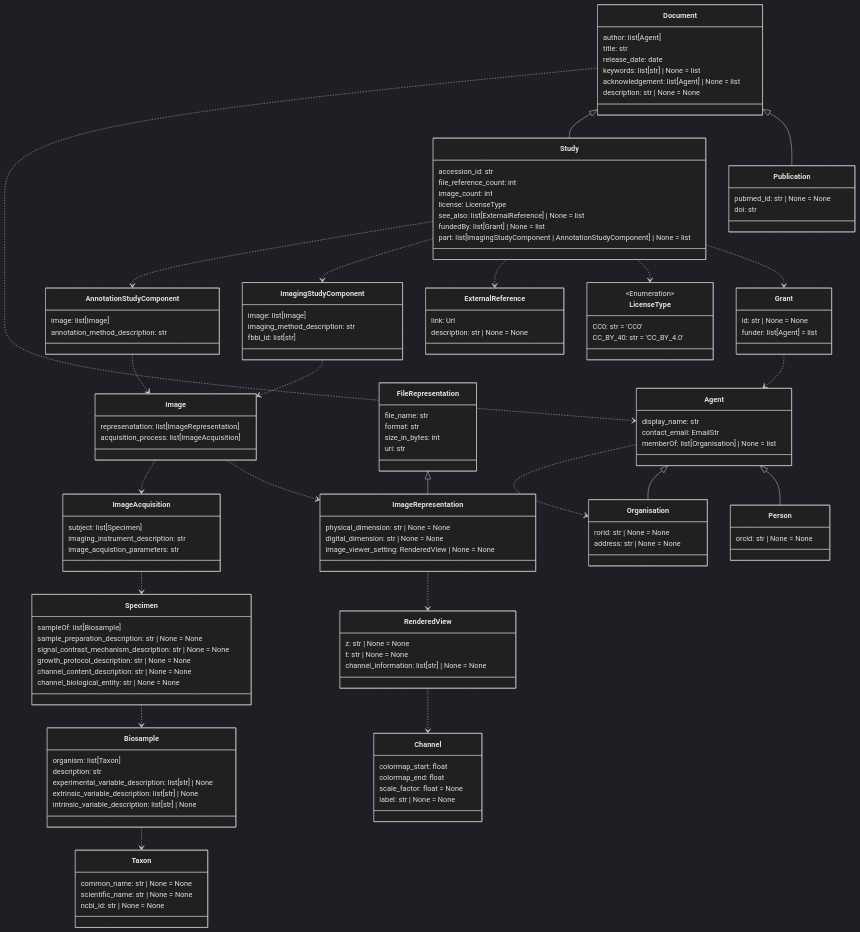
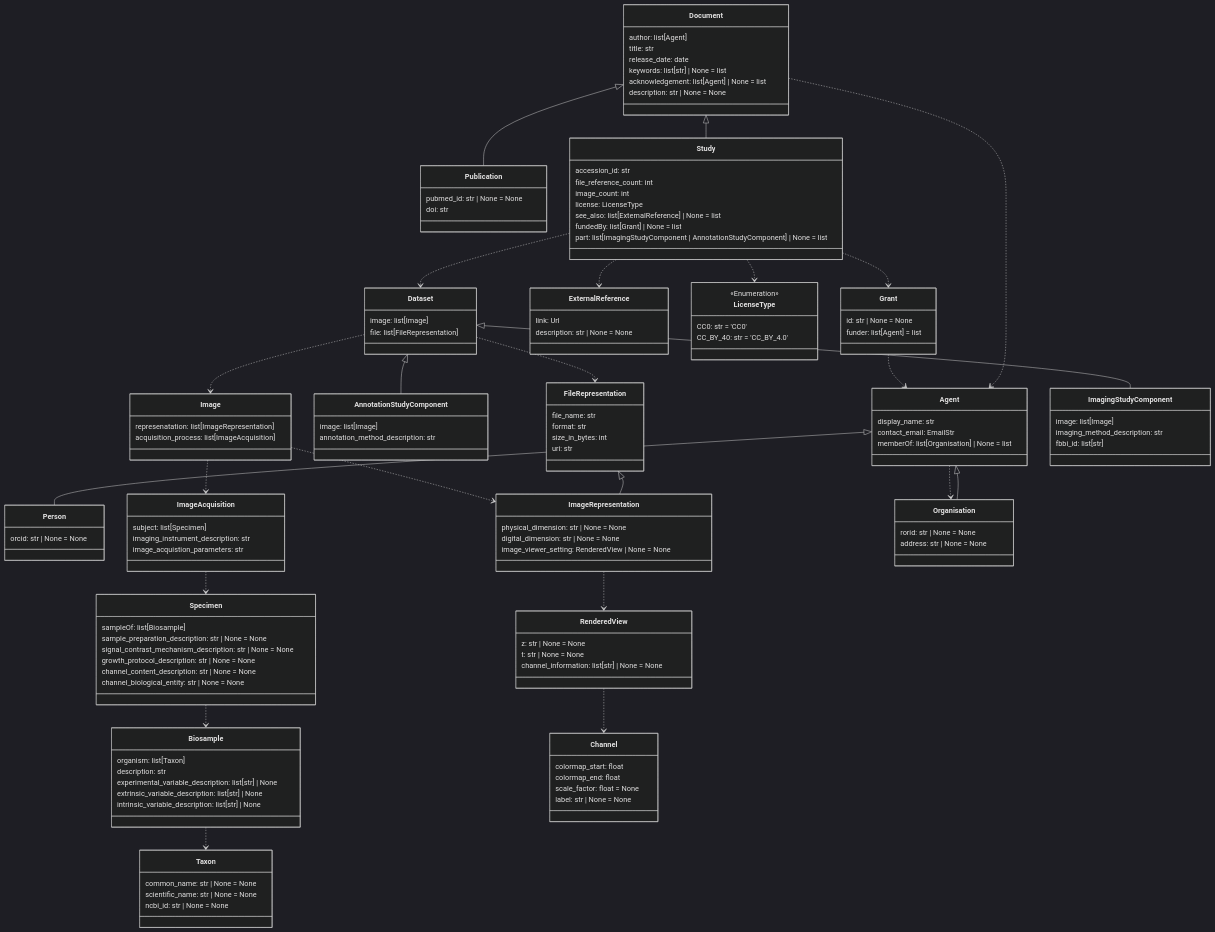
The diagram in bia-shared-datamodels/src/bia_models/class_diagram.md (BioImage-Archive/bia-integrator), drawn with Mermaid (dark theme) before and after one commit. The commit also changed 1 other file, not shown here.

Commit message:
added dataset class as parent of annotation and image study components

````diff
--- a/bia-shared-datamodels/src/bia_models/class_diagram.md
+++ b/bia-shared-datamodels/src/bia_models/class_diagram.md
@@ -3,5 +3,10 @@
 ```mermaid
 classDiagram
+
+    class Dataset {
+        image: list[Image]
+        file: list[FileRepresentation]
+    }
 
     class ExternalReference {
         link: Url
@@ -132,13 +137,12 @@
     Agent ..> Organisation
     Grant ..> Agent
     Document ..> Agent
-    Study ..> AnnotationStudyComponent
-    Study ..> ImagingStudyComponent
+    Study ..> Dataset
     Study ..> ExternalReference
     Study ..> LicenseType
     Study ..> Grant
-    ImagingStudyComponent ..> Image
-    AnnotationStudyComponent ..> Image
+    Dataset ..> Image
+    Dataset ..> FileRepresentation
     Image ..> ImageAcquisition
     Image ..> ImageRepresentation
     ImageAcquisition ..> Specimen
@@ -148,10 +152,12 @@
     RenderedView ..> Channel
 
 
+    Agent <|-- Person
     Agent <|-- Organisation
-    Agent <|-- Person
+    Document <|-- Publication
     Document <|-- Study
-    Document <|-- Publication
+    Dataset <|-- AnnotationStudyComponent
+    Dataset <|-- ImagingStudyComponent
     FileRepresentation <|-- ImageRepresentation
 
 
````
